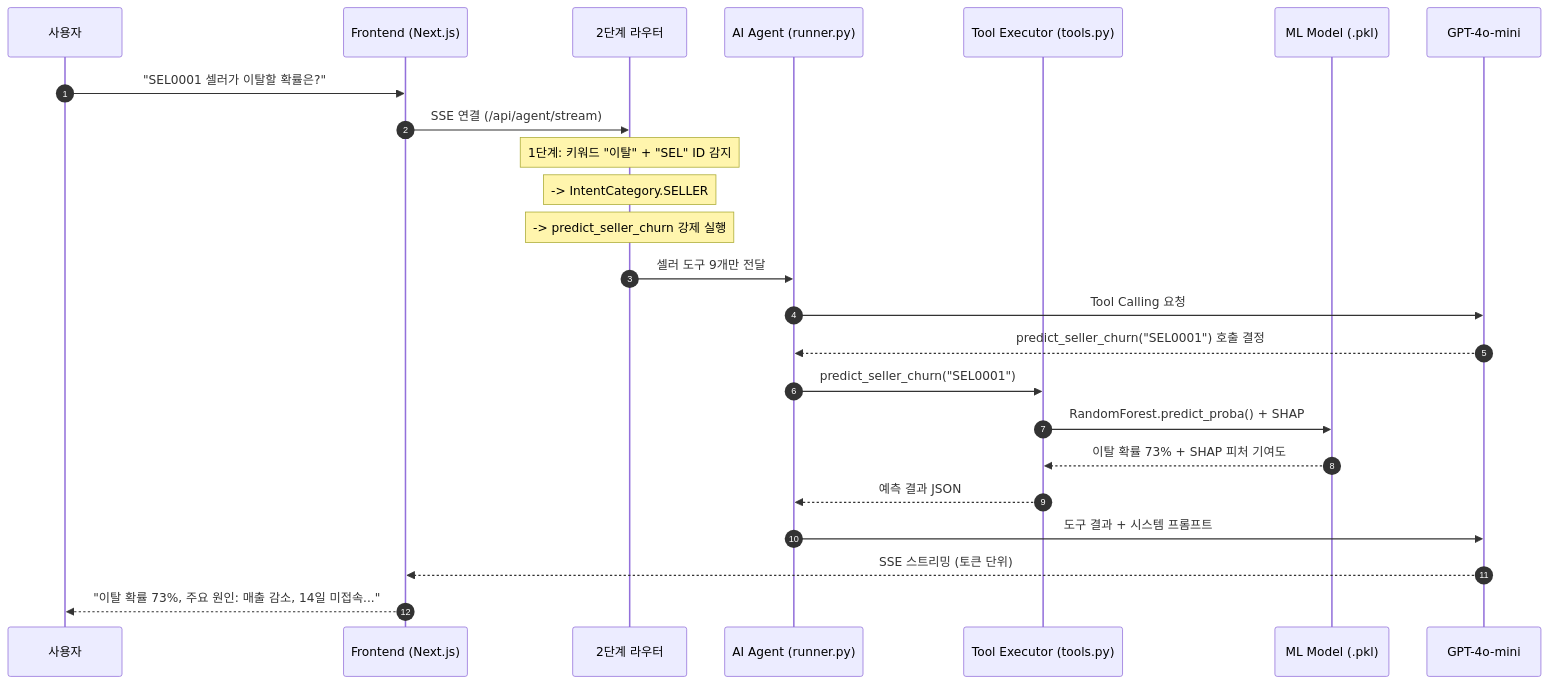
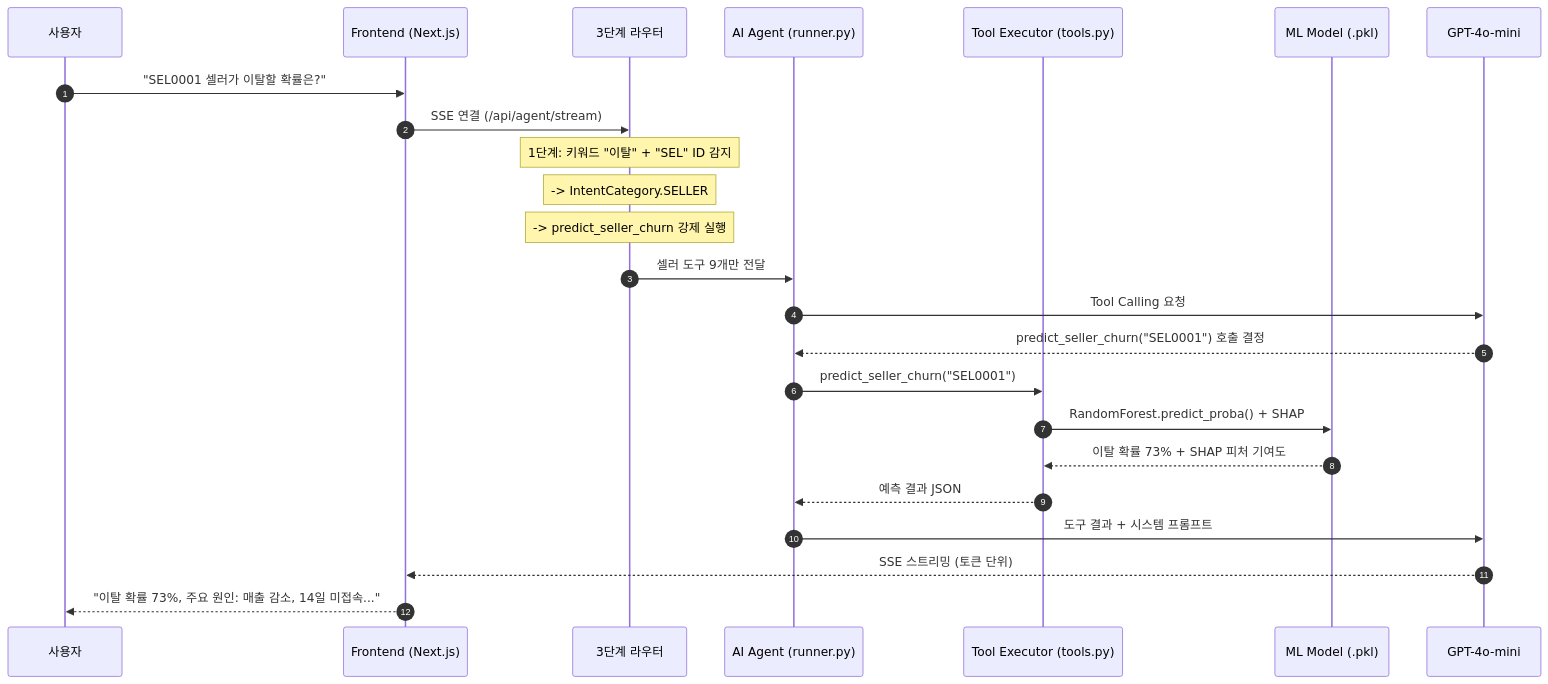
One commit to ASNGG/cafe24-demo changed the second of 5 diagrams in README.md. Above: the diagram before and after it, drawn with Mermaid. The commit also changed other lines of this file and 5 other files, not shown here.

````diff
--- a/README.md
+++ b/README.md
@@ -199,31 +162,31 @@
 ```mermaid
 sequenceDiagram
     autonumber
     participant User as 사용자
     participant FE as Frontend (Next.js)
-    participant Router as 2단계 라우터
+    participant Router as 3단계 라우터
     participant Agent as AI Agent (runner.py)
     participant Tool as Tool Executor (tools.py)
     participant ML as ML Model (.pkl)
     participant LLM as GPT-4o-mini
 
     User->>FE: "SEL0001 셀러가 이탈할 확률은?"
     FE->>Router: SSE 연결 (/api/agent/stream)
 
     Note over Router: 1단계: 키워드 "이탈" + "SEL" ID 감지
     Note over Router: -> IntentCategory.SELLER
     Note over Router: -> predict_seller_churn 강제 실행
     Router->>Agent: 셀러 도구 9개만 전달
 
     Agent->>LLM: Tool Calling 요청
     LLM-->>Agent: predict_seller_churn("SEL0001") 호출 결정
 
     Agent->>Tool: predict_seller_churn("SEL0001")
     Tool->>ML: RandomForest.predict_proba() + SHAP
     ML-->>Tool: 이탈 확률 73% + SHAP 피처 기여도
     Tool-->>Agent: 예측 결과 JSON
 
     Agent->>LLM: 도구 결과 + 시스템 프롬프트
     LLM-->>FE: SSE 스트리밍 (토큰 단위)
     FE-->>User: "이탈 확률 73%, 주요 원인: 매출 감소, 14일 미접속..."
 ```
````
